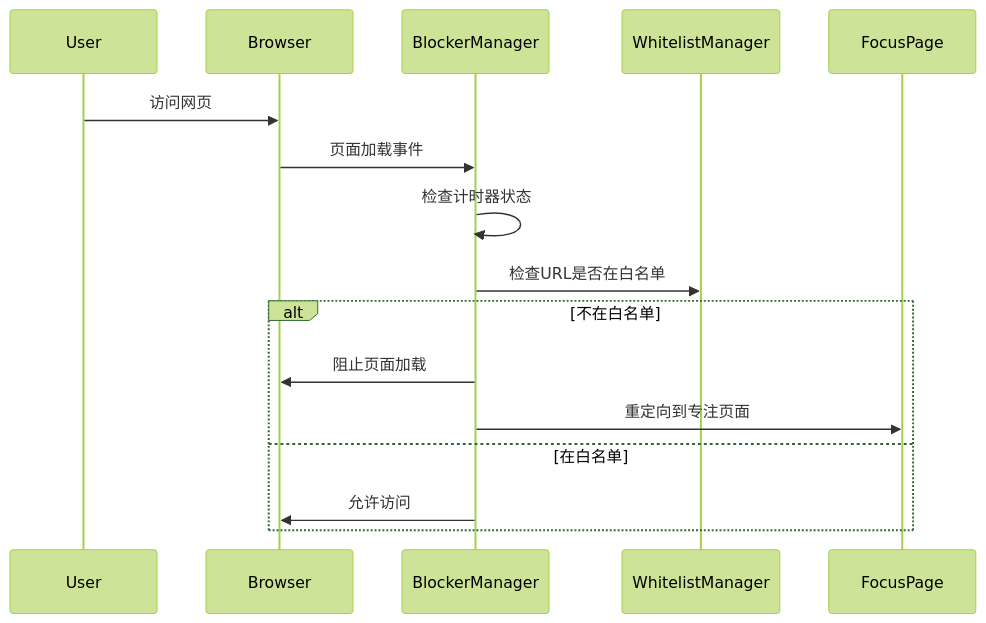
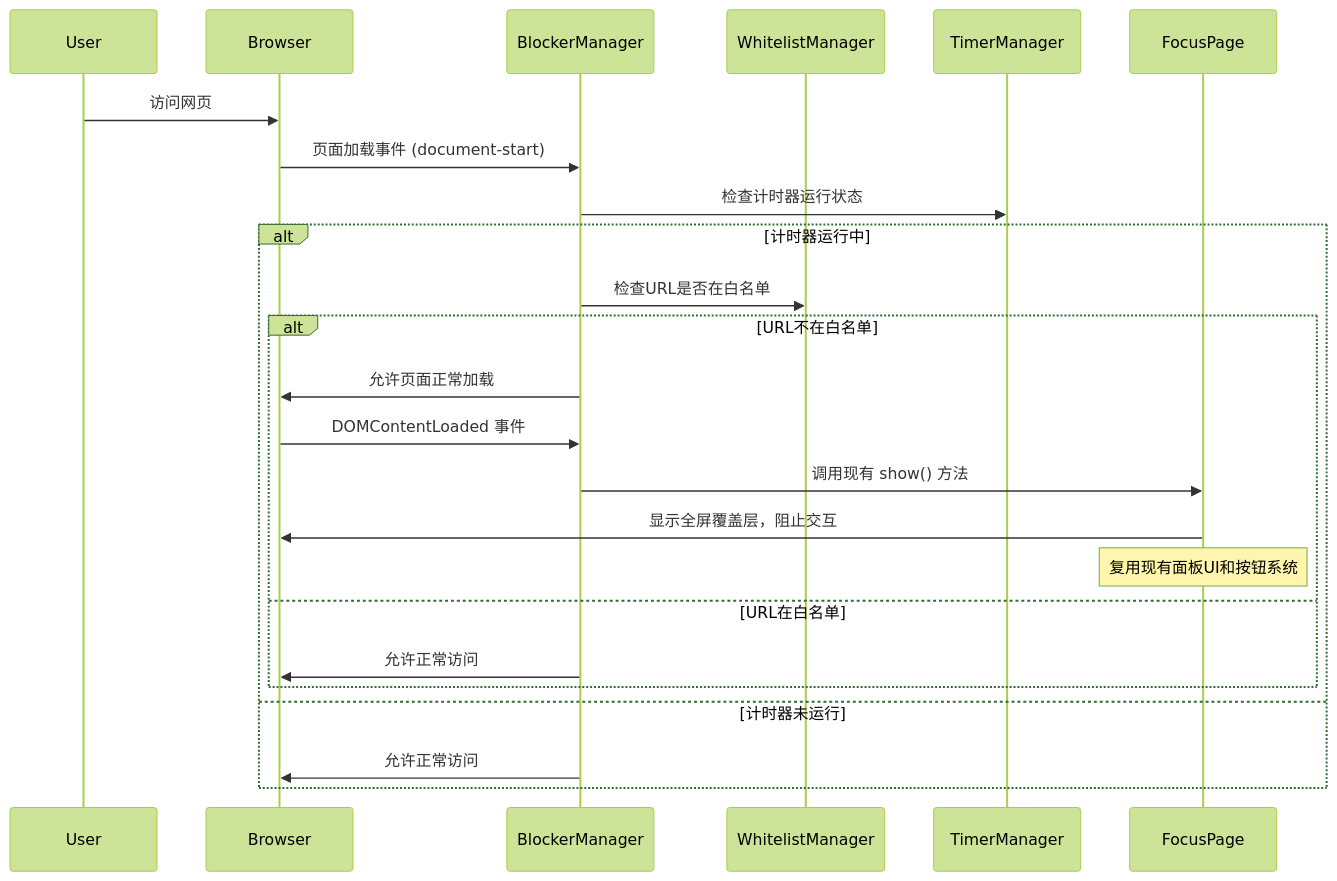
One commit to iceyarmu/TomatoMonkey changed the diagram in docs/stories/1.4.story.md. Above: the diagram before and after it, drawn with Mermaid (forest theme). The commit also changed other lines of this file and 7 other files, not shown here.

````diff
--- a/docs/stories/1.4.story.md
+++ b/docs/stories/1.4.story.md
@@ -89,19 +122,28 @@
 ```mermaid
 sequenceDiagram
     participant User
     participant Browser
     participant BlockerManager
     participant WhitelistManager
+    participant TimerManager
     participant FocusPage
 
     User->>Browser: 访问网页
-    Browser->>BlockerManager: 页面加载事件
-    BlockerManager->>BlockerManager: 检查计时器状态
-    BlockerManager->>WhitelistManager: 检查URL是否在白名单
-    alt 不在白名单
-        BlockerManager->>Browser: 阻止页面加载
-        BlockerManager->>FocusPage: 重定向到专注页面
-    else 在白名单
-        BlockerManager->>Browser: 允许访问
+    Browser->>BlockerManager: 页面加载事件 (document-start)
+    BlockerManager->>TimerManager: 检查计时器运行状态
+    
+    alt 计时器运行中
+        BlockerManager->>WhitelistManager: 检查URL是否在白名单
+        alt URL不在白名单
+            BlockerManager->>Browser: 允许页面正常加载
+            Browser->>BlockerManager: DOMContentLoaded 事件
+            BlockerManager->>FocusPage: 调用现有 show() 方法
+            FocusPage->>Browser: 显示全屏覆盖层，阻止交互
+            Note over FocusPage: 复用现有面板UI和按钮系统
+        else URL在白名单
+            BlockerManager->>Browser: 允许正常访问
+        end
+    else 计时器未运行
+        BlockerManager->>Browser: 允许正常访问
     end
 ```
````
